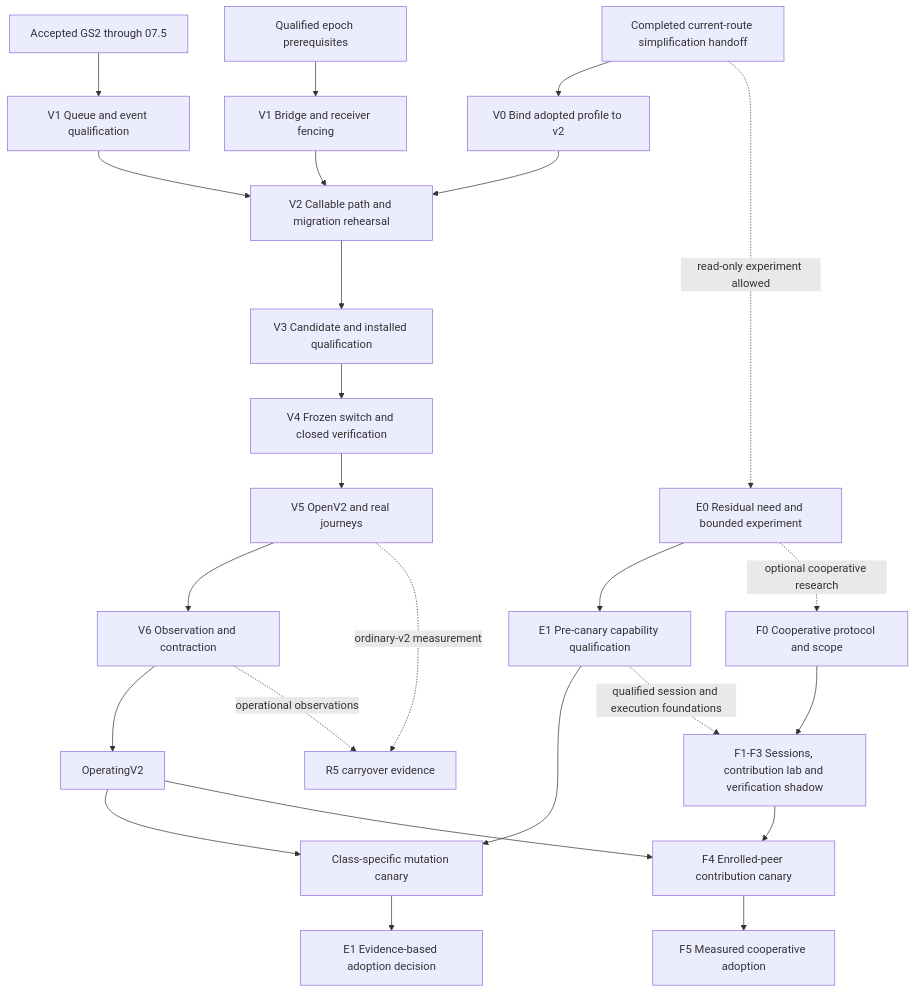
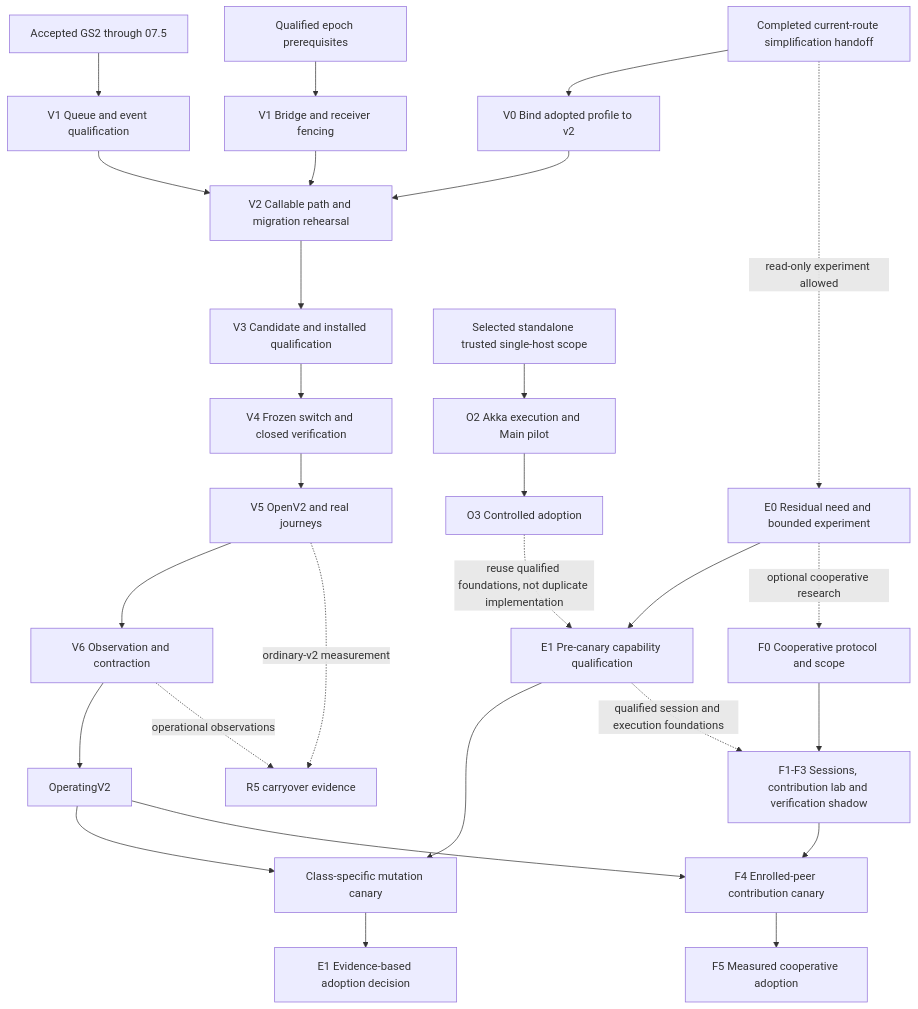
The second of 2 diagrams in docs/2026-09-07-154210-fs-gg-unified-development-roadmap.md (FS-GG/.github), drawn with Mermaid before and after one commit. The commit also changed other lines of this file and 1 other file, not shown here.

Commit message:
docs: synchronize selected Akka execution roadmap (#3436)

````diff
--- a/docs/2026-09-07-154210-fs-gg-unified-development-roadmap.md
+++ b/docs/2026-09-07-154210-fs-gg-unified-development-roadmap.md
@@ -973,27 +991,30 @@
 ```mermaid
 flowchart TD
     H[Completed current-route simplification handoff] --> V0[V0 Bind adopted profile to v2]
     F[Accepted GS2 through 07.5] --> Q[V1 Queue and event qualification]
     B[Qualified epoch prerequisites] --> Bridge[V1 Bridge and receiver fencing]
     Q --> V2[V2 Callable path and migration rehearsal]
     Bridge --> V2
     V0 --> V2
     V2 --> V3[V3 Candidate and installed qualification]
     V3 --> V4[V4 Frozen switch and closed verification]
     V4 --> V5[V5 OpenV2 and real journeys]
     V5 --> V6[V6 Observation and contraction]
     V6 --> Operating[OperatingV2]
     H -. read-only experiment allowed .-> E0[E0 Residual need and bounded experiment]
     E0 --> E1[E1 Pre-canary capability qualification]
+    Selected[Selected standalone trusted single-host scope] --> O2[O2 Akka execution and Main pilot]
+    O2 --> O3[O3 Controlled adoption]
+    O3 -. reuse qualified foundations, not duplicate implementation .-> E1
     Operating --> Canary[Class-specific mutation canary]
     E1 --> Canary
     Canary --> Adopt[E1 Evidence-based adoption decision]
     E0 -. optional cooperative research .-> F0[F0 Cooperative protocol and scope]
     F0 --> FPrep[F1-F3 Sessions, contribution lab and verification shadow]
     E1 -. qualified session and execution foundations .-> FPrep
     FPrep --> FCanary[F4 Enrolled-peer contribution canary]
     Operating --> FCanary
     FCanary --> F5[F5 Measured cooperative adoption]
     V5 -. ordinary-v2 measurement .-> R5[R5 carryover evidence]
     V6 -. operational observations .-> R5
 ```
````
